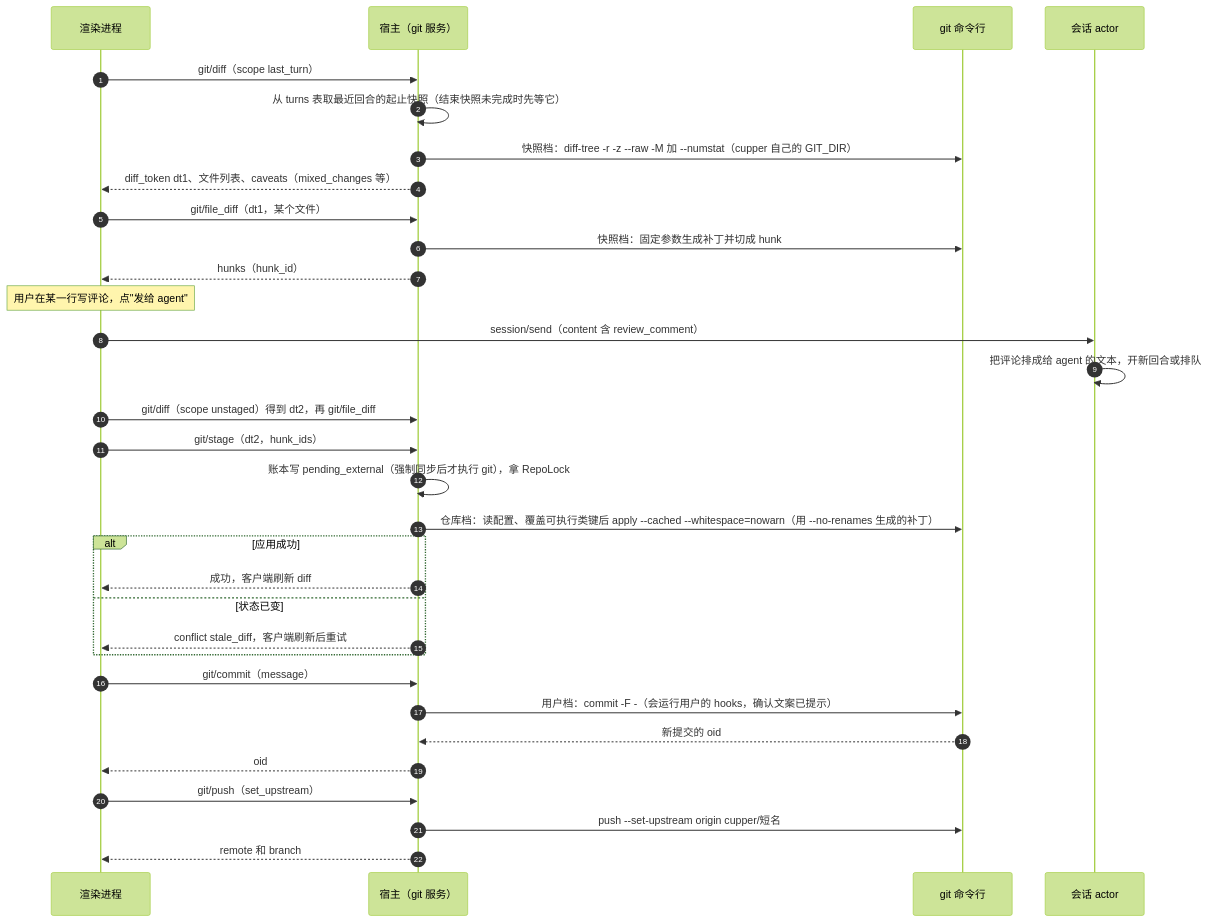
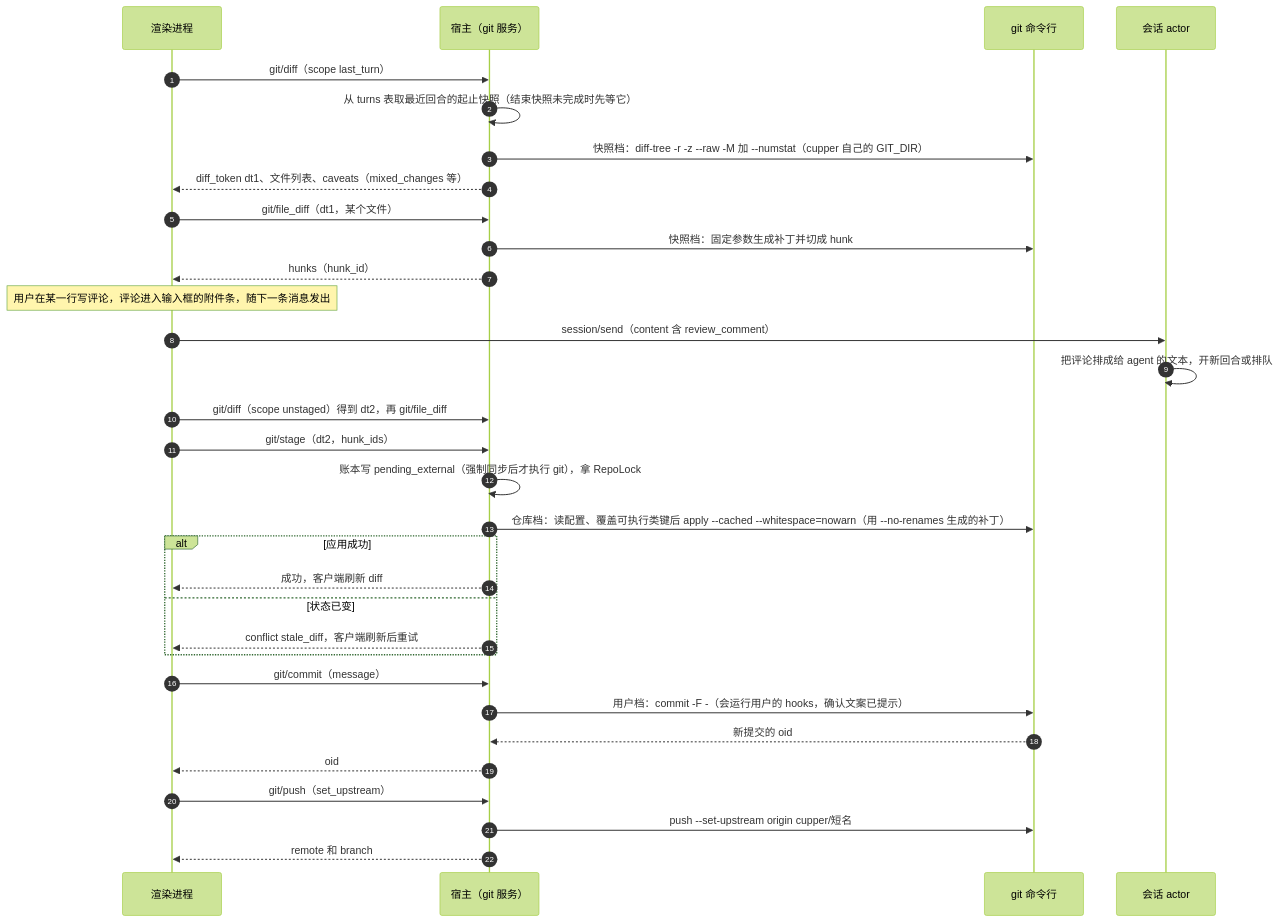
Before and after one commit to boris-w/cupper: the ninth of 11 diagrams in docs/design/05-flows.md, drawn with Mermaid (forest theme). The commit also changed other lines of this file and 8 other files, not shown here.

````diff
--- a/docs/design/05-flows.md
+++ b/docs/design/05-flows.md
@@ -326,34 +327,34 @@
 ```mermaid
 sequenceDiagram
   autonumber
   participant R as 渲染进程
   participant H as 宿主（git 服务）
   participant GIT as git 命令行
   participant S as 会话 actor
   R->>H: git/diff（scope last_turn）
   H->>H: 从 turns 表取最近回合的起止快照（结束快照未完成时先等它）
   H->>GIT: 快照档：diff-tree -r -z --raw -M 加 --numstat（cupper 自己的 GIT_DIR）
   H-->>R: diff_token dt1、文件列表、caveats（mixed_changes 等）
   R->>H: git/file_diff（dt1，某个文件）
   H->>GIT: 快照档：固定参数生成补丁并切成 hunk
   H-->>R: hunks（hunk_id）
-  Note over R: 用户在某一行写评论，点"发给 agent"
+  Note over R: 用户在某一行写评论，评论进入输入框的附件条，随下一条消息发出
   R->>S: session/send（content 含 review_comment）
   S->>S: 把评论排成给 agent 的文本，开新回合或排队
   R->>H: git/diff（scope unstaged）得到 dt2，再 git/file_diff
   R->>H: git/stage（dt2，hunk_ids）
   H->>H: 账本写 pending_external（强制同步后才执行 git），拿 RepoLock
   H->>GIT: 仓库档：读配置、覆盖可执行类键后 apply --cached --whitespace=nowarn（用 --no-renames 生成的补丁）
   alt 应用成功
     H-->>R: 成功，客户端刷新 diff
   else 状态已变
     H-->>R: conflict stale_diff，客户端刷新后重试
   end
   R->>H: git/commit（message）
   H->>GIT: 用户档：commit -F -（会运行用户的 hooks，确认文案已提示）
   GIT-->>H: 新提交的 oid
   H-->>R: oid
   R->>H: git/push（set_upstream）
   H->>GIT: push --set-upstream origin cupper/短名
   H-->>R: remote 和 branch
 ```
````
